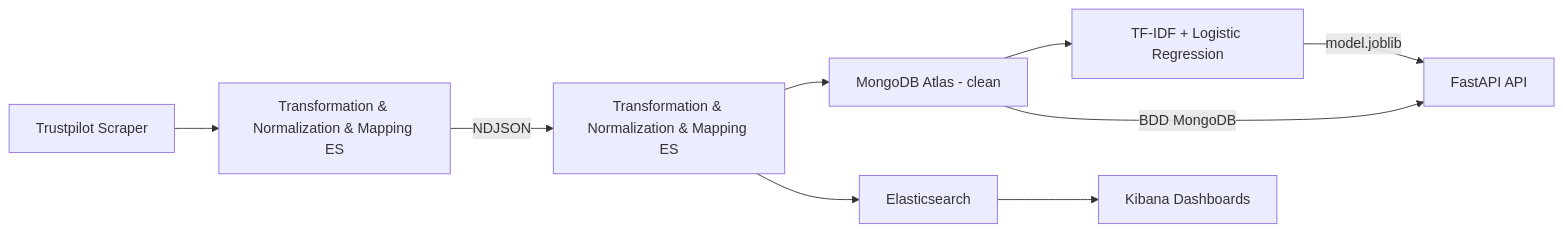
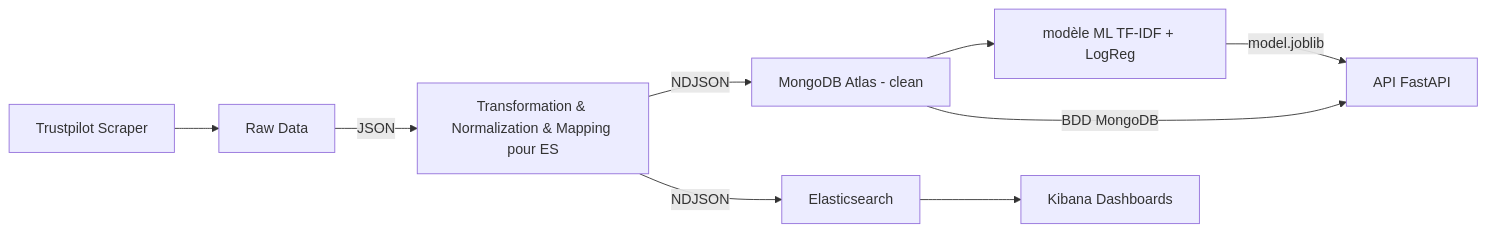
Before and after one commit to AbderraoufBou14/trustpilot-sentiment-data-pipeline: the diagram in README.md, drawn with Mermaid.

Commit message:
Update architecture diagram in README.md

````diff
--- a/README.md
+++ b/README.md
@@ -25,11 +25,11 @@
 ```mermaid
 flowchart LR
-    A[Trustpilot Scraper] --> B[Transformation & Normalization & Mapping ES];
-    B --> |NDJSON| C[Transformation & Normalization & Mapping ES]
-    C --> D[MongoDB Atlas - clean];
-    C --> E[Elasticsearch];
-    D --> F[TF-IDF + Logistic Regression];
+    A[Trustpilot Scraper] --> B[Raw Data];
+    B -->|JSON| C[Transformation & Normalization & Mapping pour ES]
+    C -->|NDJSON| D[MongoDB Atlas - clean];
+    C -->|NDJSON| E[Elasticsearch];
+    D --> F[modèle ML TF-IDF + LogReg];
     D -->|BDD MongoDB| G[FastAPI API];
-    F -->|model.joblib| G[FastAPI API];
+    F -->|model.joblib| G[API FastAPI];
     E --> H[Kibana Dashboards];
 ```
````
